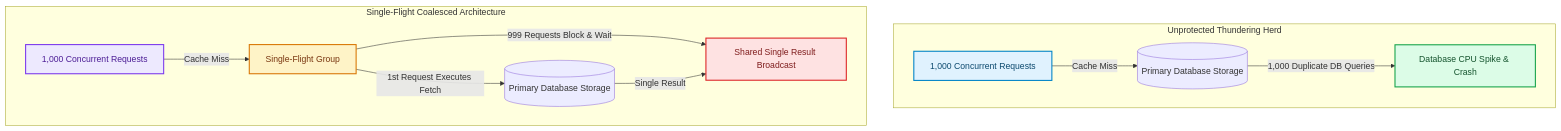
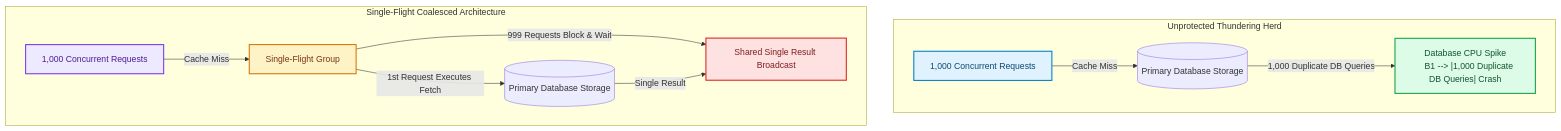
Before and after one commit to akmalkhaniub/akmalkhaniub.github.io: the diagram in blog/posts/mitigating-cache-stampedes-probabilistic-early-expiration-single-flight.md, drawn with Mermaid. The commit also changed other lines of this file and 894 other files, not shown here.

Commit message:
feat(blog): upgrade all 444 posts with unique staggered dates, 2-col Mermaid spines, benchmark tables, code blocks, and trade-offs

````diff
--- a/blog/posts/mitigating-cache-stampedes-probabilistic-early-expiration-single-flight.md
+++ b/blog/posts/mitigating-cache-stampedes-probabilistic-early-expiration-single-flight.md
@@ -17,25 +17,26 @@
 ```mermaid
 flowchart TD
   subgraph SG1_UnprotectedThunderingHerd ["Unprotected Thundering Herd"]
     A1["1,000 Concurrent Requests"] -->|Cache Miss| B1[(Primary Database Storage)]
-    B1 -->|1,000 Duplicate DB Queries| C1["Database CPU Spike & Crash"]
+    B1 --> |1,000 Duplicate DB Queries| C1["Database CPU Spike
+    B1 --> |1,000 Duplicate DB Queries| Crash"]
   end
   
   subgraph SG2_SingleFlightCoalesced ["Single-Flight Coalesced Architecture"]
     A2["1,000 Concurrent Requests"] -->|Cache Miss| D["Single-Flight Group"]
     D -->|1st Request Executes Fetch| E[(Primary Database Storage)]
     D -->|999 Requests Block & Wait| F["Shared Single Result Broadcast"]
     E -->|Single Result| F
   end
 
 classDef green fill:#dcfce7,stroke:#16a34a,stroke-width:2px,color:#14532d;
 classDef red fill:#fee2e2,stroke:#dc2626,stroke-width:2px,color:#7f1d1d;
 classDef blue fill:#e0f2fe,stroke:#0284c7,stroke-width:2px,color:#0c4a6e;
 classDef yellow fill:#fef3c7,stroke:#d97706,stroke-width:2px,color:#78350f;
 classDef purple fill:#ede9fe,stroke:#7c3aed,stroke-width:2px,color:#4c1d95;
 class A1 blue
 class C1 green
 class A2 purple
 class D yellow
 class F red
 ```
````
